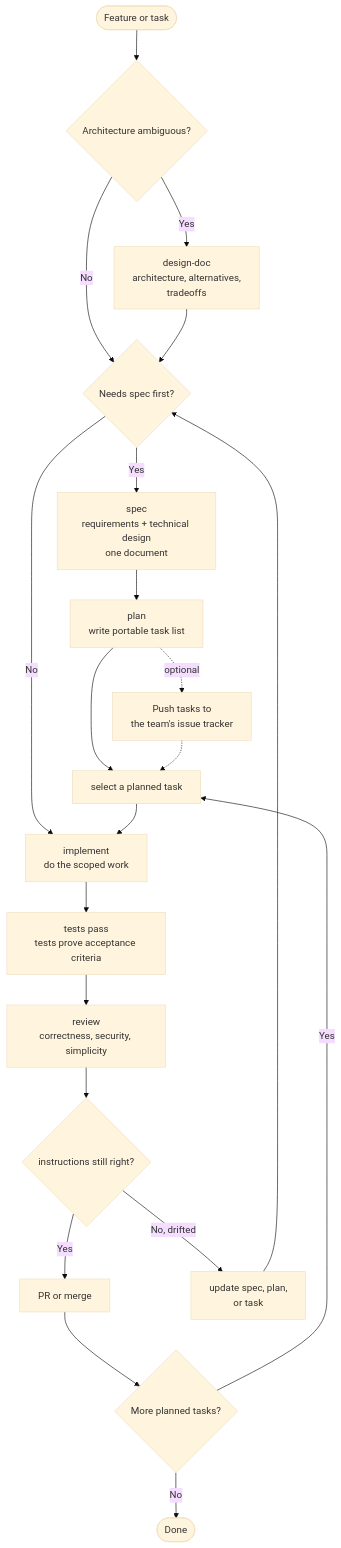
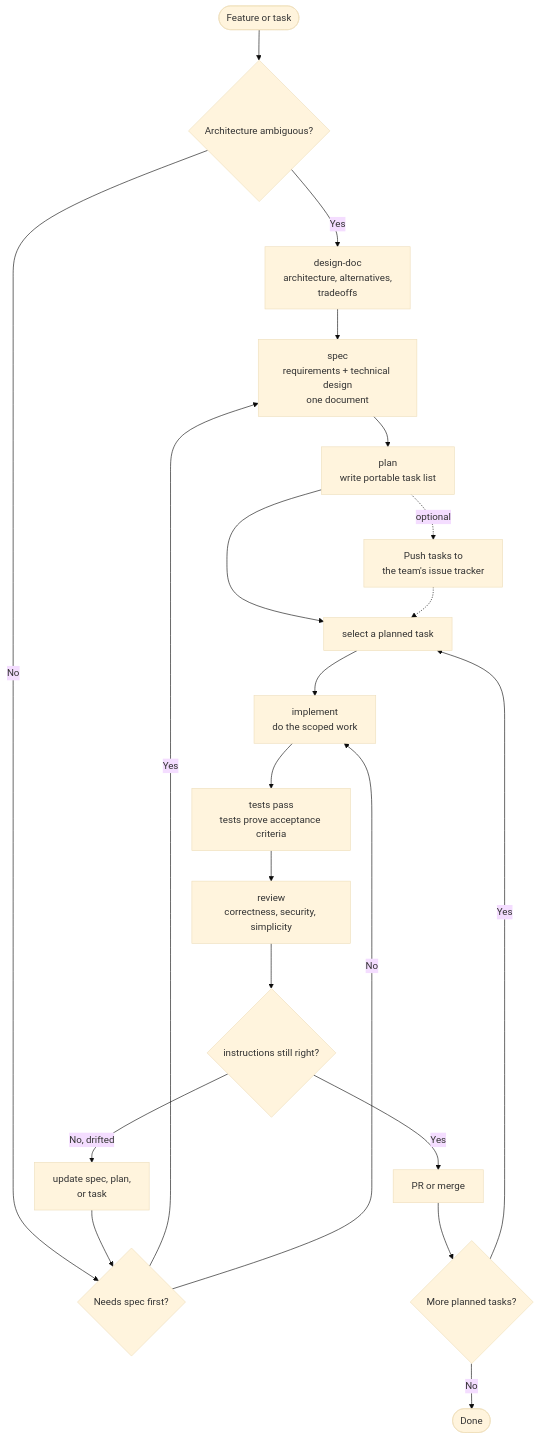
The diagram in README.md (owainlewis/blueprint), drawn with Mermaid (base theme) before and after one commit.

Commit message:
docs: keep design flow on spec path

````diff
--- a/README.md
+++ b/README.md
@@ -34,23 +34,23 @@
 ```mermaid
 flowchart TD
     Start([Feature or task]) --> Architecture{Architecture ambiguous?}
     Architecture -->|Yes| Design[design-doc<br/>architecture, alternatives,<br/>tradeoffs]
     Architecture -->|No| Choice{Needs spec first?}
-    Design --> Choice
+    Design --> Spec
     Choice -->|Yes| Spec[spec<br/>requirements + technical design<br/>one document]
     Choice -->|No| Implement[implement<br/>do the scoped work]
     Spec --> Plan[plan<br/>write portable task list]
     Plan --> Task[select a planned task]
     Plan -. optional .-> Destination[Push tasks to<br/>the team's issue tracker]
     Destination -.-> Task
     Task --> Implement
     Implement --> Tests[tests pass<br/>tests prove acceptance criteria]
     Tests --> Review[review<br/>correctness, security, simplicity]
     Review --> Decision{instructions still right?}
     Decision -->|Yes| Ship[PR or merge]
     Decision -->|No, drifted| Update[update spec, plan,<br/>or task]
     Update --> Choice
     Ship --> More{More planned tasks?}
     More -->|Yes| Task
     More -->|No| Done([Done])
 ```
````
